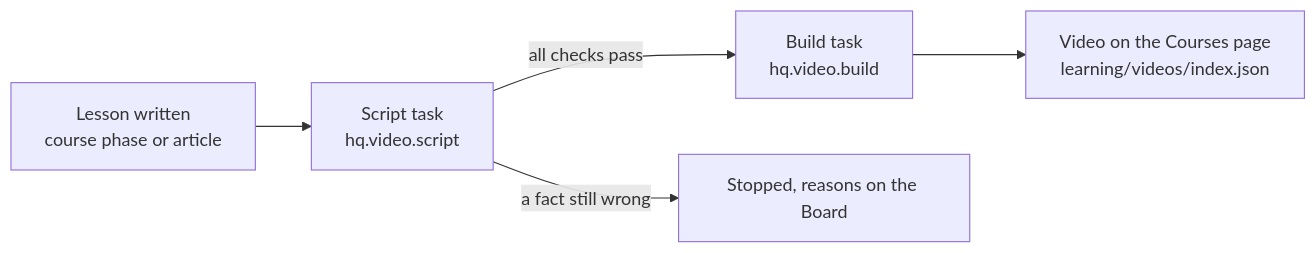
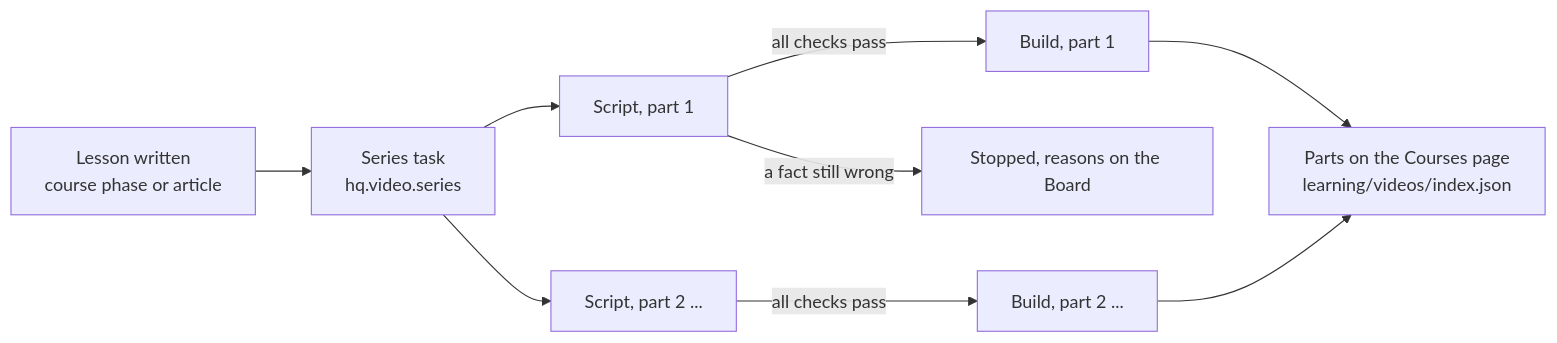
The diagram in docs/video-pipeline.md (dhakarRaghu/missionHQ), drawn with Mermaid before and after one commit. The commit also changed other lines of this file and 51 other files, not shown here.

First line of the commit message:
Video pipeline: ~10-minute parts with a story order, resumable builds, series

````diff
--- a/docs/video-pipeline.md
+++ b/docs/video-pipeline.md
@@ -17,7 +23,11 @@
 ```mermaid
 flowchart LR
-  A[Lesson written<br/>course phase or article] --> B[Script task<br/>hq.video.script]
-  B -- all checks pass --> D[Build task<br/>hq.video.build]
-  B -- a fact still wrong --> F[Stopped, reasons on the Board]
-  D --> E[Video on the Courses page<br/>learning/videos/index.json]
+  A[Lesson written<br/>course phase or article] --> S[Series task<br/>hq.video.series]
+  S --> B1[Script, part 1]
+  S --> B2[Script, part 2 ...]
+  B1 -- all checks pass --> D1[Build, part 1]
+  B2 -- all checks pass --> D2[Build, part 2 ...]
+  B1 -- a fact still wrong --> F[Stopped, reasons on the Board]
+  D1 --> E[Parts on the Courses page<br/>learning/videos/index.json]
+  D2 --> E
 ```
````
